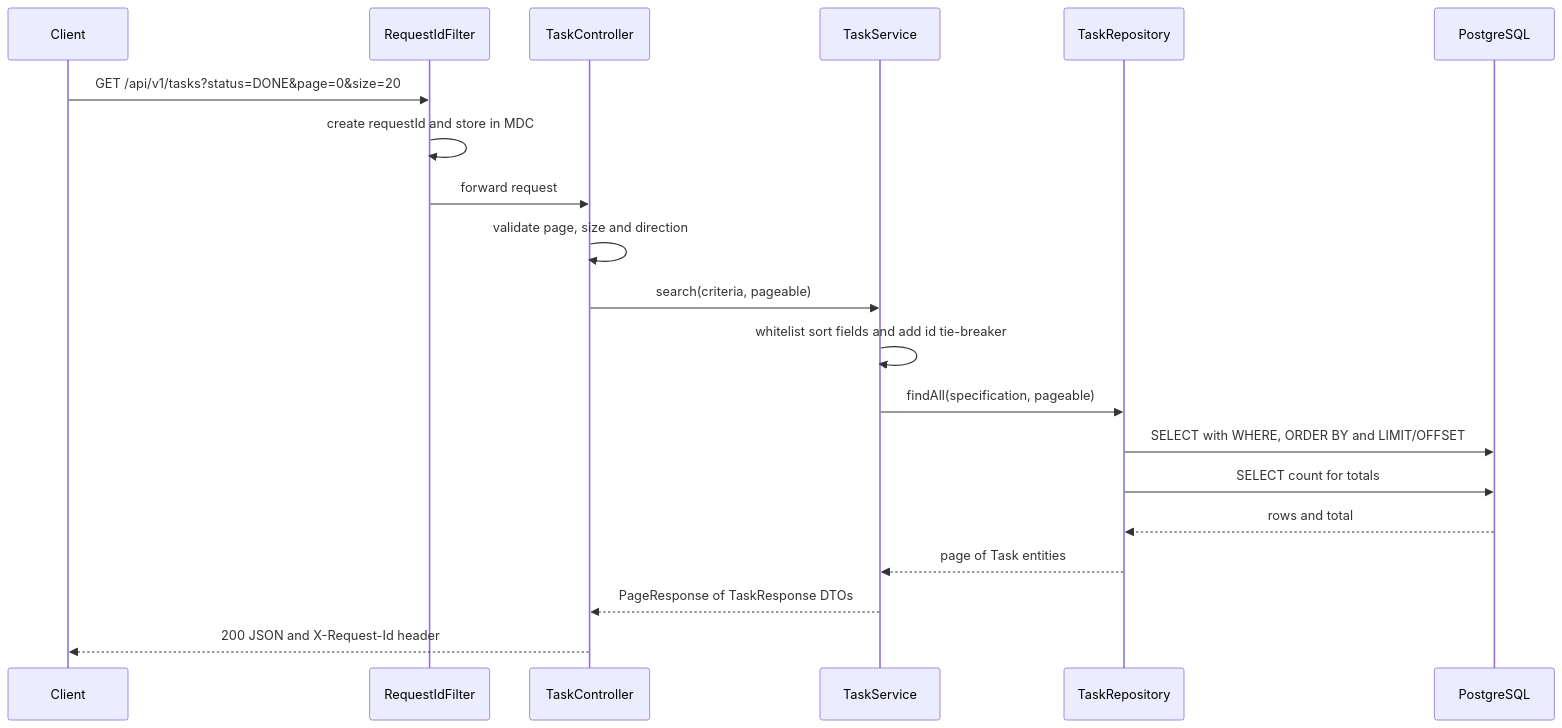
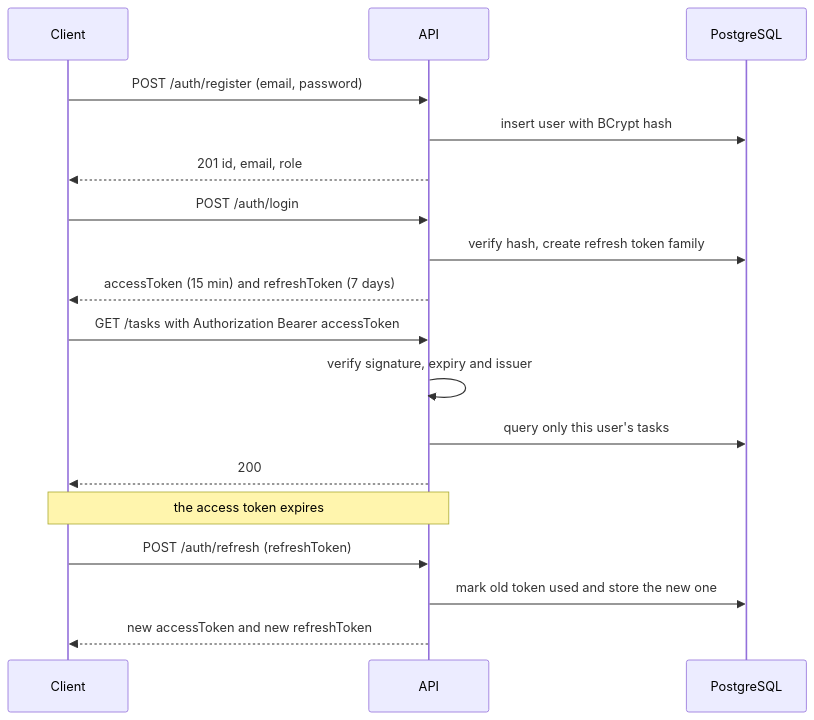
Before and after one commit to James-oss796/taskflowAPI: the third of 5 diagrams in README.md, drawn with Mermaid. The commit also changed other lines of this file and 2 other files, not shown here.

Commit message:
docs: README covering the full API, security model and architecture

````diff
--- a/README.md
+++ b/README.md
@@ -98,23 +139,21 @@
 ```mermaid
 sequenceDiagram
     participant C as Client
-    participant F as RequestIdFilter
-    participant Ctl as TaskController
-    participant S as TaskService
-    participant R as TaskRepository
+    participant A as API
     participant DB as PostgreSQL
 
-    C->>F: GET /api/v1/tasks?status=DONE&page=0&size=20
-    F->>F: create requestId and store in MDC
-    F->>Ctl: forward request
-    Ctl->>Ctl: validate page, size and direction
-    Ctl->>S: search(criteria, pageable)
-    S->>S: whitelist sort fields and add id tie-breaker
-    S->>R: findAll(specification, pageable)
-    R->>DB: SELECT with WHERE, ORDER BY and LIMIT/OFFSET
-    R->>DB: SELECT count for totals
-    DB-->>R: rows and total
-    R-->>S: page of Task entities
-    S-->>Ctl: PageResponse of TaskResponse DTOs
-    Ctl-->>C: 200 JSON and X-Request-Id header
+    C->>A: POST /auth/register (email, password)
+    A->>DB: insert user with BCrypt hash
+    A-->>C: 201 id, email, role
+    C->>A: POST /auth/login
+    A->>DB: verify hash, create refresh token family
+    A-->>C: accessToken (15 min) and refreshToken (7 days)
+    C->>A: GET /tasks with Authorization Bearer accessToken
+    A->>A: verify signature, expiry and issuer
+    A->>DB: query only this user's tasks
+    A-->>C: 200
+    Note over C,A: the access token expires
+    C->>A: POST /auth/refresh (refreshToken)
+    A->>DB: mark old token used and store the new one
+    A-->>C: new accessToken and new refreshToken
 ```
````
